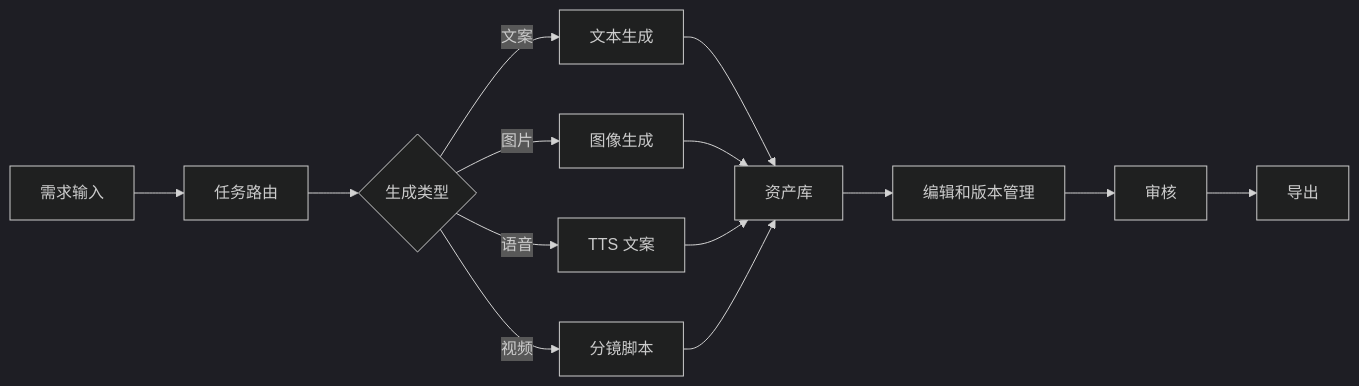
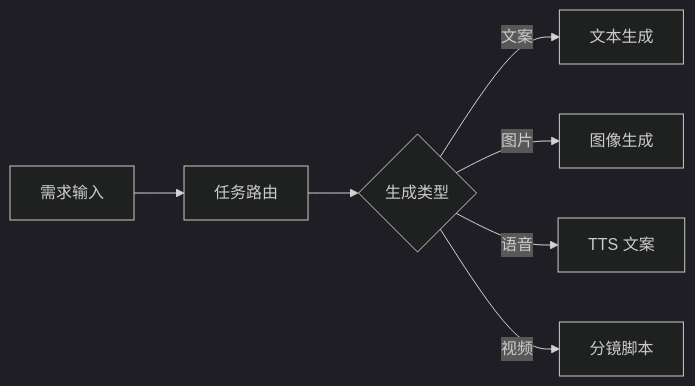
One commit to oudbiao/AI-fullstack-course changed the fourth of 5 diagrams in docs/stage10/ch05-projects/00-roadmap.md. Above: the diagram before and after it, drawn with Mermaid (dark theme). The commit also changed other lines of this file and 139 other files, not shown here.

````diff
--- a/docs/stage10/ch05-projects/00-roadmap.md
+++ b/docs/stage10/ch05-projects/00-roadmap.md
@@ -57,16 +63,9 @@
 ```mermaid
 flowchart LR
   A[需求输入] --> B[任务路由]
   B --> C{生成类型}
   C -- 文案 --> D[文本生成]
   C -- 图片 --> E[图像生成]
   C -- 语音 --> F[TTS 文案]
   C -- 视频 --> G[分镜脚本]
-  D --> H[资产库]
-  E --> H
-  F --> H
-  G --> H
-  H --> I[编辑和版本管理]
-  I --> J[审核]
-  J --> K[导出]
 ```
````
